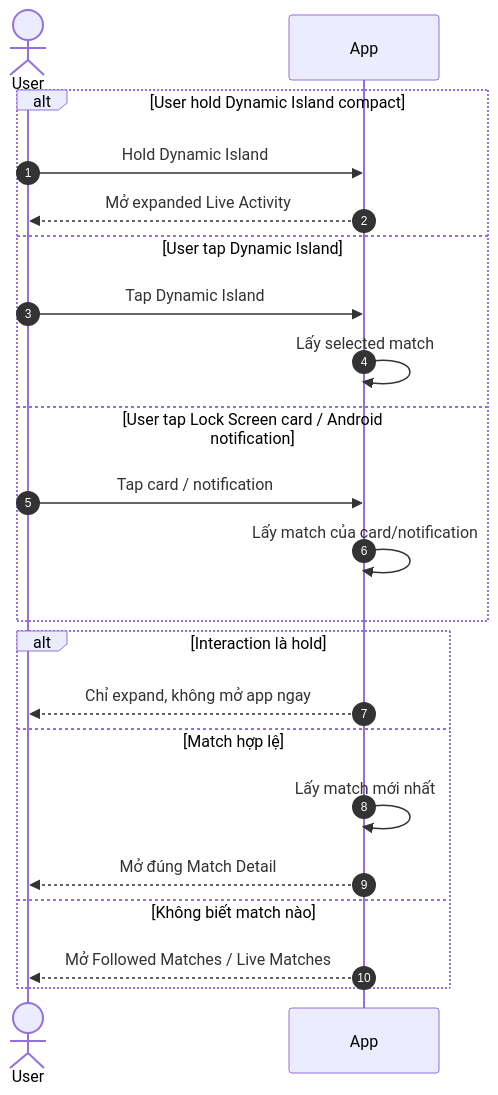
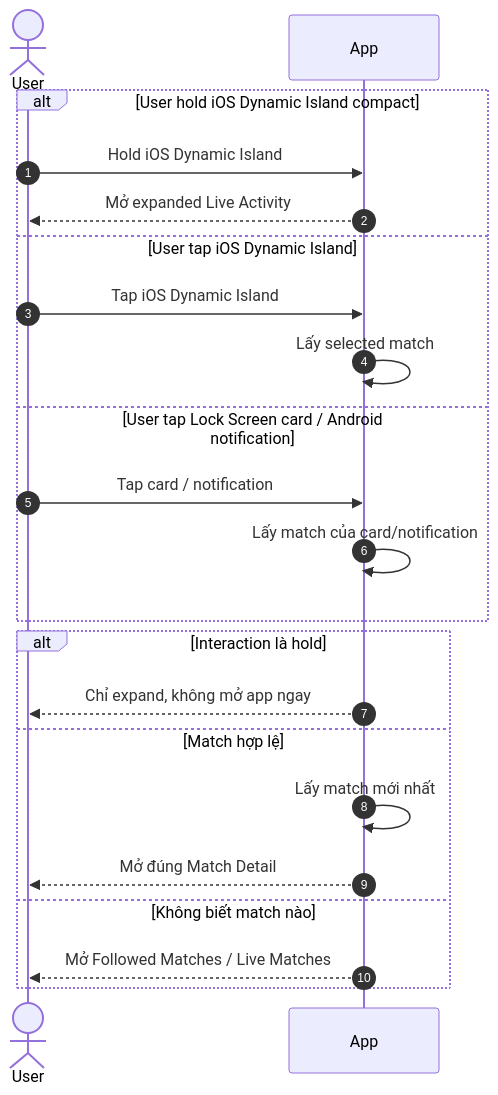
Before and after one commit to duongdang1136/FPTPLay: the fourth of 4 diagrams in features/final-docs/Sport-Zone/Live-Activity/product/live-activity-user-flows-functional-requirements.md, drawn with Mermaid. The commit also changed other lines of this file, not shown here.

````diff
--- a/features/final-docs/Sport-Zone/Live-Activity/product/live-activity-user-flows-functional-requirements.md
+++ b/features/final-docs/Sport-Zone/Live-Activity/product/live-activity-user-flows-functional-requirements.md
@@ -372,27 +374,27 @@
 ```mermaid
 sequenceDiagram
     autonumber
 
     actor User as User
     participant App
 
-    alt User hold Dynamic Island compact
-        User->>App: Hold Dynamic Island
+    alt User hold iOS Dynamic Island compact
+        User->>App: Hold iOS Dynamic Island
         App-->>User: Mở expanded Live Activity
-    else User tap Dynamic Island
-        User->>App: Tap Dynamic Island
+    else User tap iOS Dynamic Island
+        User->>App: Tap iOS Dynamic Island
         App->>App: Lấy selected match
     else User tap Lock Screen card / Android notification
         User->>App: Tap card / notification
         App->>App: Lấy match của card/notification
     end
 
     alt Interaction là hold
         App-->>User: Chỉ expand, không mở app ngay
     else Match hợp lệ
         App->>App: Lấy match mới nhất
         App-->>User: Mở đúng Match Detail
     else Không biết match nào
         App-->>User: Mở Followed Matches / Live Matches
     end
 ```
````
